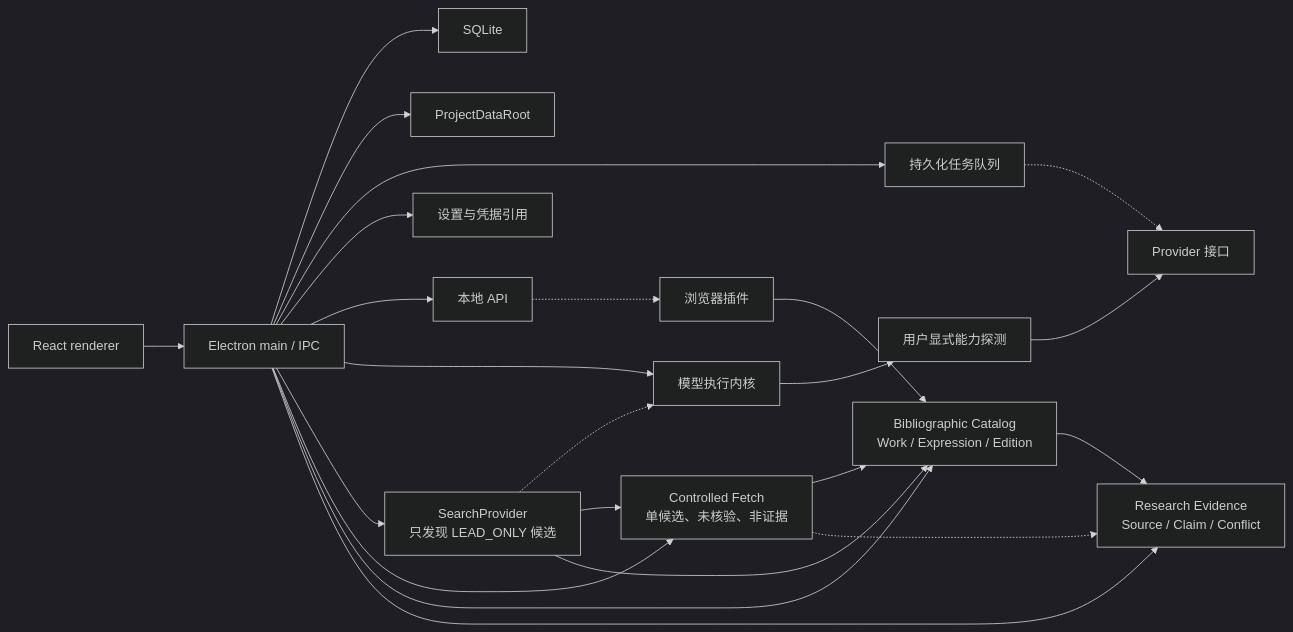
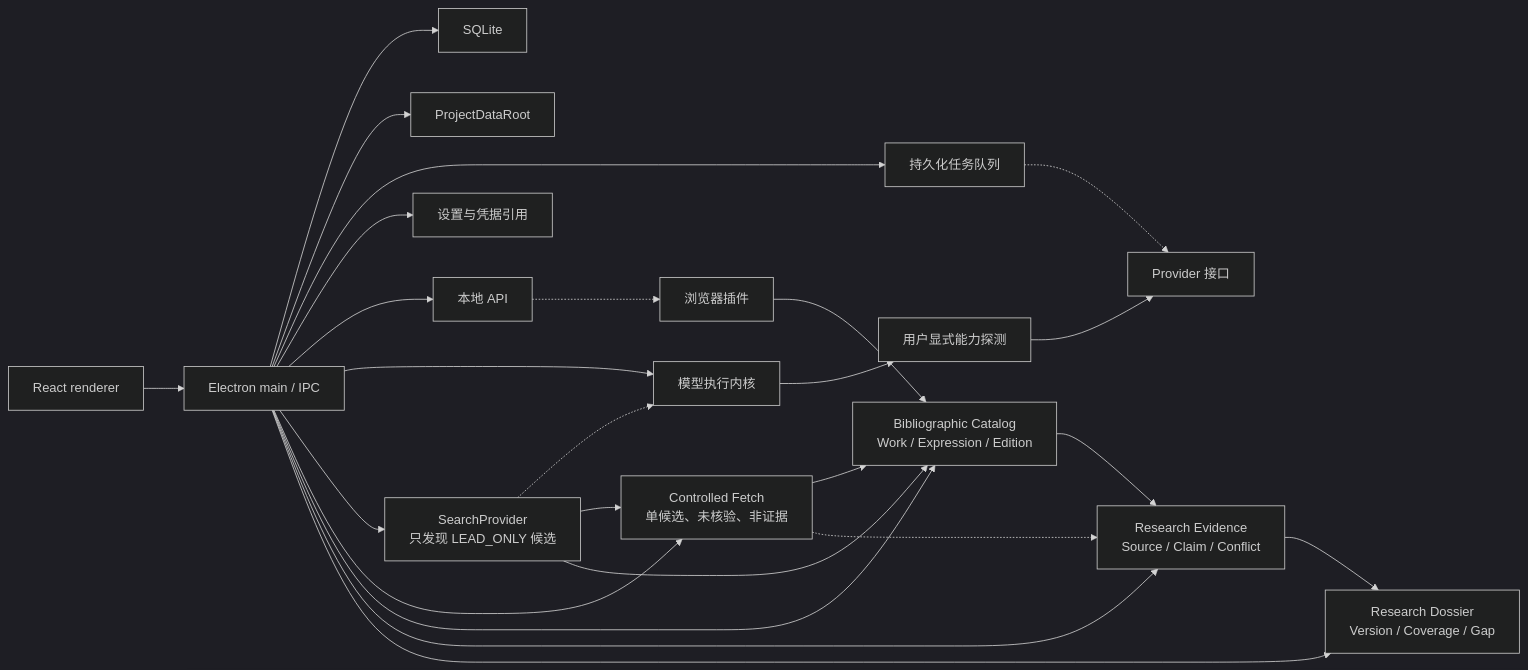
Before and after one commit to KAtOReNA7/Rednote-Automated-Operation-Tool: the second of 2 diagrams in README.md, drawn with Mermaid (dark theme). The commit also changed other lines of this file and 73 other files, not shown here.

````diff
--- a/README.md
+++ b/README.md
@@ -144,25 +146,27 @@
 ```mermaid
 flowchart LR
     UI["React renderer"] --> MAIN["Electron main / IPC"]
     MAIN --> DB["SQLite"]
     MAIN --> FS["ProjectDataRoot"]
     MAIN --> QUEUE["持久化任务队列"]
     MAIN --> SETTINGS["设置与凭据引用"]
     MAIN --> API["本地 API"]
     MAIN --> MODEL["模型执行内核"]
     MAIN --> SEARCH["SearchProvider<br/>只发现 LEAD_ONLY 候选"]
     MAIN --> FETCH["Controlled Fetch<br/>单候选、未核验、非证据"]
     MAIN --> CATALOG["Bibliographic Catalog<br/>Work / Expression / Edition"]
     MAIN --> EVIDENCE["Research Evidence<br/>Source / Claim / Conflict"]
+    MAIN --> DOSSIER["Research Dossier<br/>Version / Coverage / Gap"]
     MODEL --> PROBE["用户显式能力探测"]
     PROBE --> PROVIDERS["Provider 接口"]
     API -.-> CLIPPER["浏览器插件"]
     QUEUE -.-> PROVIDERS
     SEARCH -.-> MODEL
     SEARCH --> FETCH
     SEARCH --> CATALOG
     FETCH --> CATALOG
     CLIPPER --> CATALOG
     FETCH -.-> EVIDENCE
     CATALOG --> EVIDENCE
+    EVIDENCE --> DOSSIER
 ```
````
